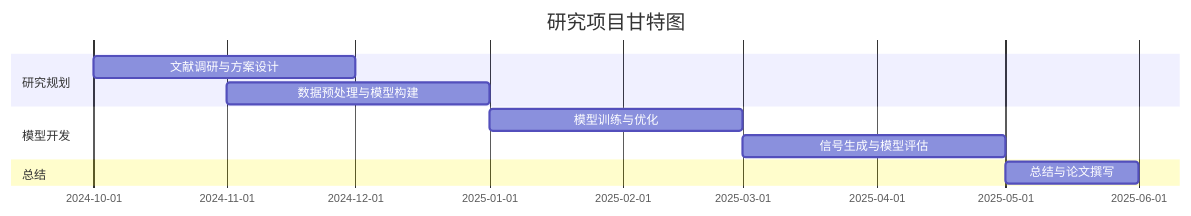
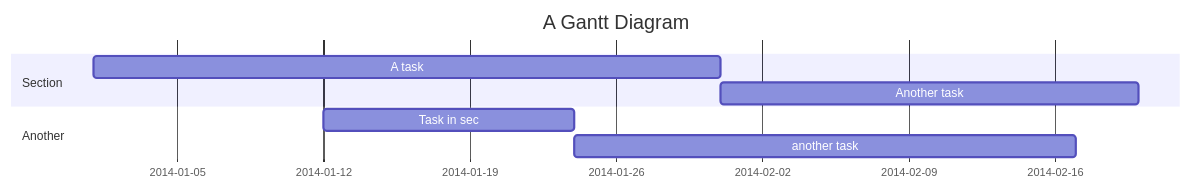
One commit to Lyu-Wenxuan/iodraw-files changed the diagram in all/代码甘特图.md. Above: the diagram before and after it, drawn with Mermaid.

Commit message:
2024-10-20 21:20:34 update

````diff
--- a/all/代码甘特图.md
+++ b/all/代码甘特图.md
@@ -1,13 +1,11 @@
 ```mermaid
 gantt
-    title 研究项目甘特图
-    dateFormat  YYYY-MM
-    section 研究规划
-    文献调研与方案设计        :a1, 2024-10, 2M
-    数据预处理与模型构建      :a2, 2024-11, 2M
-    section 模型开发
-    模型训练与优化            :a3, 2025-01, 2M
-    信号生成与模型评估        :a4, 2025-03, 2M
-    section 总结
-    总结与论文撰写            :a5, 2025-05, 1M
+    title A Gantt Diagram
+    dateFormat  YYYY-MM-DD
+    section Section
+    A task           :a1, 2014-01-01, 30d
+    Another task     :after a1  , 20d
+    section Another
+    Task in sec      :2014-01-12  , 12d
+    another task      : 24d
 ```
````
